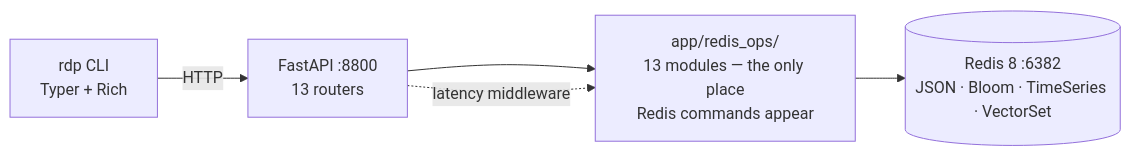
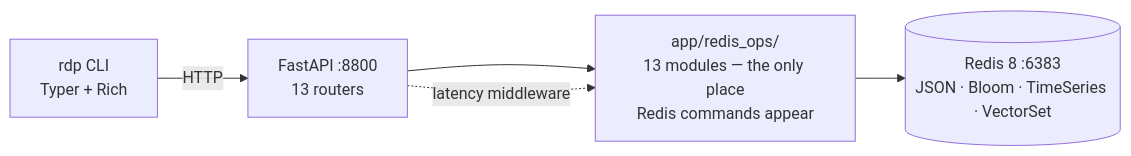
The first of 2 diagrams in README.md (sany2k8/fastapi-with-redis), drawn with Mermaid before and after one commit. The commit also changed other lines of this file and 5 other files, not shown here.

````diff
--- a/README.md
+++ b/README.md
@@ -25,7 +25,7 @@
 ```mermaid
 flowchart LR
     CLI["rdp CLI<br/>Typer + Rich"] -->|HTTP| API["FastAPI :8800<br/>13 routers"]
     API --> OPS["app/redis_ops/<br/>13 modules — the only place<br/>Redis commands appear"]
-    OPS --> REDIS[("Redis 8 :6382<br/>JSON · Bloom · TimeSeries · VectorSet")]
+    OPS --> REDIS[("Redis 8 :6383<br/>JSON · Bloom · TimeSeries · VectorSet")]
     API -.->|latency middleware| OPS
 ```
````
